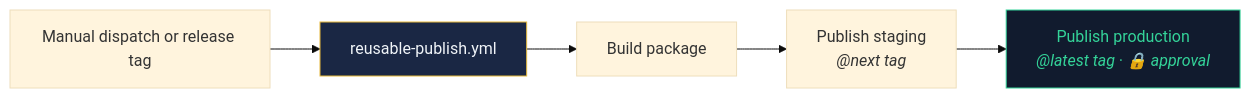
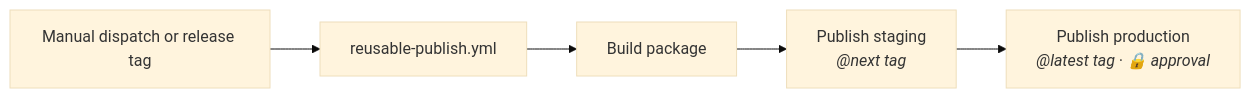
The sixth of 6 diagrams in docs/02-architecture.md (mruthyunjaya-lakkappanavar/gha-reusable-workflows-docs), drawn with Mermaid (base theme) before and after one commit. The commit also changed other lines of this file and 4 other files, not shown here.

Commit message:
Remove hardcoded dark styles from Mermaid diagrams for light/dark mode support

````diff
--- a/docs/02-architecture.md
+++ b/docs/02-architecture.md
@@ -172,10 +150,7 @@
 ```mermaid
 flowchart LR
     A["Manual dispatch or release tag"] --> B["reusable-publish.yml"]
     B --> C["Build package"]
     C --> D["Publish staging<br/><em>@next tag</em>"]
     D --> E["Publish production<br/><em>@latest tag · 🔒 approval</em>"]
-
-    style B fill:#1a2744,stroke:#e5b83a,color:#f0f4f8
-    style E fill:#111b2e,stroke:#34d399,color:#34d399
 ```
````
